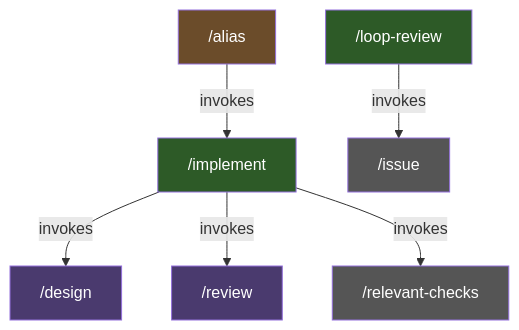
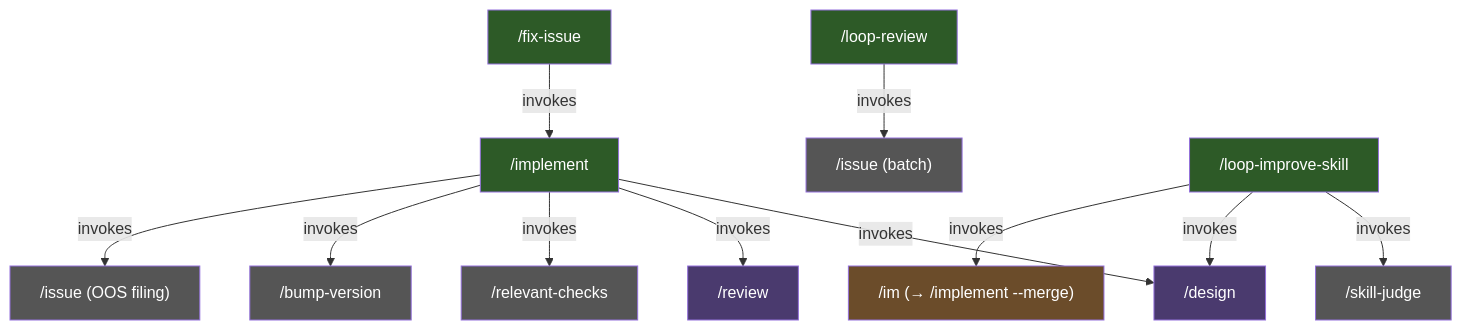
The first of 3 diagrams in docs/workflow-lifecycle.md (zhupanov/claudin), drawn with Mermaid before and after one commit. The commit also changed other lines of this file and 9 other files, not shown here.

````diff
--- a/docs/workflow-lifecycle.md
+++ b/docs/workflow-lifecycle.md
@@ -9,16 +9,26 @@
 ```mermaid
 graph TD
     IMPLEMENT["/implement"] -->|invokes| DESIGN["/design"]
     IMPLEMENT -->|invokes| REVIEW["/review"]
     IMPLEMENT -->|invokes| CHECKS["/relevant-checks"]
-    LOOP["/loop-review"] -->|invokes| ISSUE["/issue"]
-    ALIAS["/alias"] -->|invokes| IMPLEMENT
+    IMPLEMENT -->|invokes| BUMP["/bump-version"]
+    IMPLEMENT -->|invokes| ISSUE_OOS["/issue (OOS filing)"]
+    LOOP["/loop-review"] -->|invokes| ISSUE["/issue (batch)"]
+    FIX["/fix-issue"] -->|invokes| IMPLEMENT
+    LOOP_IMPROVE["/loop-improve-skill"] -->|invokes| SKILL_JUDGE["/skill-judge"]
+    LOOP_IMPROVE -->|invokes| DESIGN
+    LOOP_IMPROVE -->|invokes| IM_ALIAS["/im (→ /implement --merge)"]
 
     style IMPLEMENT fill:#2d5a27,color:#fff
     style LOOP fill:#2d5a27,color:#fff
+    style FIX fill:#2d5a27,color:#fff
+    style LOOP_IMPROVE fill:#2d5a27,color:#fff
     style DESIGN fill:#4a3a6e,color:#fff
     style REVIEW fill:#4a3a6e,color:#fff
     style CHECKS fill:#555,color:#fff
+    style BUMP fill:#555,color:#fff
     style ISSUE fill:#555,color:#fff
-    style ALIAS fill:#6b4c2a,color:#fff
+    style ISSUE_OOS fill:#555,color:#fff
+    style SKILL_JUDGE fill:#555,color:#fff
+    style IM_ALIAS fill:#6b4c2a,color:#fff
 ```
````
